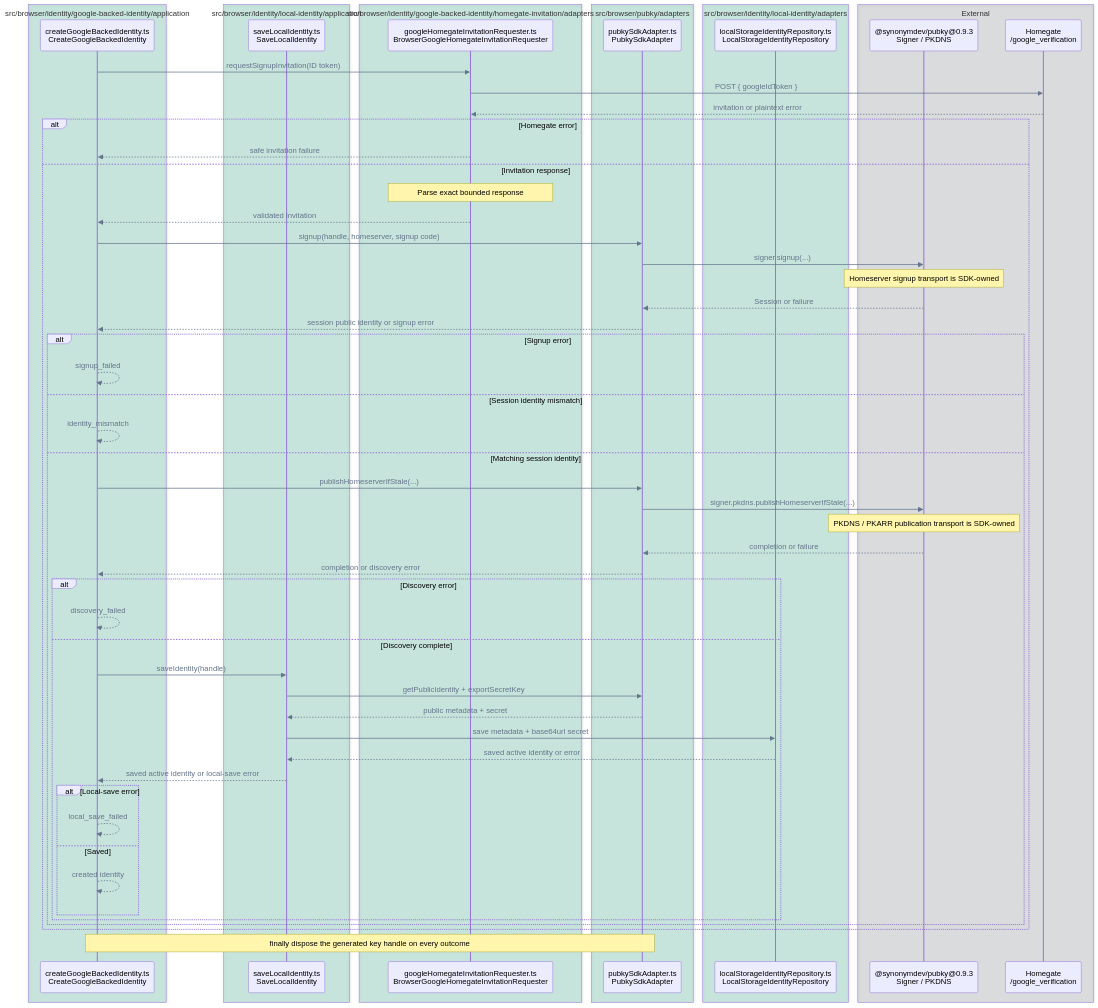
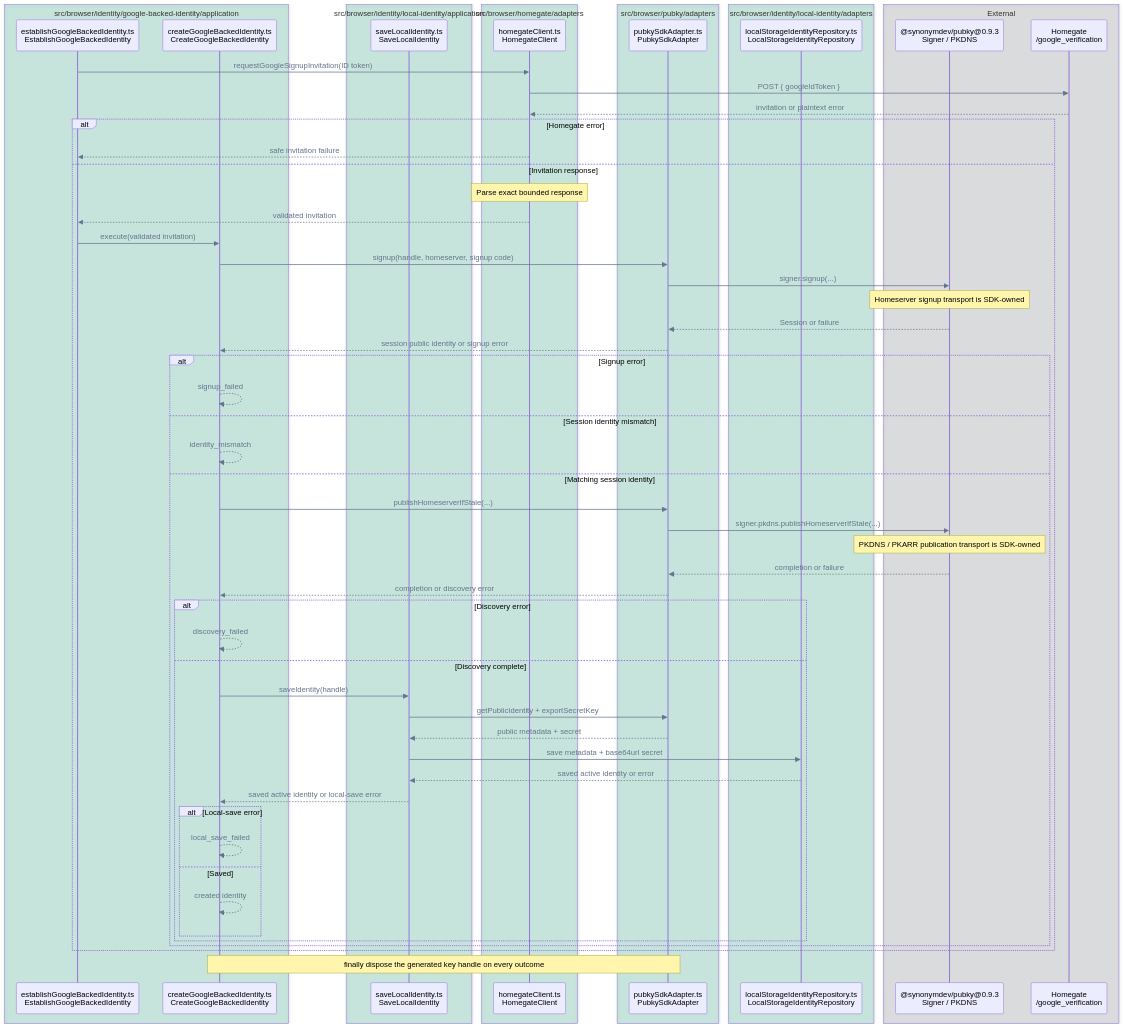
Before and after one commit to pubky/pubky-passport: diagram 11 of 14 in FLOWS.md, drawn with Mermaid. The commit also changed other lines of this file and 14 other files, not shown here.

Commit message:
refactor: replace GoogleHomegateInvitationRequester with HomegateClient

````diff
--- a/FLOWS.md
+++ b/FLOWS.md
@@ -562,67 +562,69 @@
 ```mermaid
 %%{init: {"themeVariables": {"signalColor": "#64748B", "signalTextColor": "#64748B"}}}%%
 sequenceDiagram
     accTitle: Missing identity activation and local save call flow
-    accDescr: CreateGoogleBackedIdentity requests and parses a Homegate invitation, then signs up, verifies, publishes discovery, and saves in order; each failure stops later stages and the generated key handle is always disposed.
+    accDescr: EstablishGoogleBackedIdentity requests a Homegate invitation, then CreateGoogleBackedIdentity signs up, verifies, publishes discovery, and saves in order; each failure stops later stages and the generated key handle is always disposed.
     box rgba(0, 158, 115, 0.18) src/browser/identity/google-backed-identity/application
+        participant Establish as establishGoogleBackedIdentity.ts<br/>EstablishGoogleBackedIdentity
         participant Creator as createGoogleBackedIdentity.ts<br/>CreateGoogleBackedIdentity
     end
     box rgba(0, 158, 115, 0.18) src/browser/identity/local-identity/application
         participant Local as saveLocalIdentity.ts<br/>SaveLocalIdentity
     end
-    box rgba(0, 158, 115, 0.18) src/browser/identity/google-backed-identity/homegate-invitation/adapters
-        participant Invite as googleHomegateInvitationRequester.ts<br/>BrowserGoogleHomegateInvitationRequester
+    box rgba(0, 158, 115, 0.18) src/browser/homegate/adapters
+        participant Invite as homegateClient.ts<br/>HomegateClient
     end
     box rgba(0, 158, 115, 0.18) src/browser/pubky/adapters
         participant Pubky as pubkySdkAdapter.ts<br/>PubkySdkAdapter
     end
     box rgba(0, 158, 115, 0.18) src/browser/identity/local-identity/adapters
         participant Repo as localStorageIdentityRepository.ts<br/>LocalStorageIdentityRepository
     end
     box rgba(17, 24, 39, 0.12) External
         participant SDK as @synonymdev/pubky@0.9.3<br/>Signer / PKDNS
         participant Homegate as Homegate<br/>/google_verification
     end
 
-    Creator->>Invite: requestSignupInvitation(ID token)
+    Establish->>Invite: requestGoogleSignupInvitation(ID token)
     Invite->>Homegate: POST { googleIdToken }
     Homegate-->>Invite: invitation or plaintext error
     alt Homegate error
-        Invite-->>Creator: safe invitation failure
+        Invite-->>Establish: safe invitation failure
     else Invitation response
         Note over Invite: Parse exact bounded response
-        Invite-->>Creator: validated invitation
+        Invite-->>Establish: validated invitation
+        Establish->>Creator: execute(validated invitation)
         Creator->>Pubky: signup(handle, homeserver, signup code)
         Pubky->>SDK: signer.signup(...)
         Note over SDK: Homeserver signup transport is SDK-owned
         SDK-->>Pubky: Session or failure
         Pubky-->>Creator: session public identity or signup error
         alt Signup error
             Creator-->>Creator: signup_failed
         else Session identity mismatch
             Creator-->>Creator: identity_mismatch
         else Matching session identity
             Creator->>Pubky: publishHomeserverIfStale(...)
             Pubky->>SDK: signer.pkdns.publishHomeserverIfStale(...)
             Note over SDK: PKDNS / PKARR publication transport is SDK-owned
             SDK-->>Pubky: completion or failure
             Pubky-->>Creator: completion or discovery error
             alt Discovery error
                 Creator-->>Creator: discovery_failed
             else Discovery complete
                 Creator->>Local: saveIdentity(handle)
                 Local->>Pubky: getPublicIdentity + exportSecretKey
                 Pubky-->>Local: public metadata + secret
                 Local->>Repo: save metadata + base64url secret
                 Repo-->>Local: saved active identity or error
                 Local-->>Creator: saved active identity or local-save error
                 alt Local-save error
                     Creator-->>Creator: local_save_failed
                 else Saved
                     Creator-->>Creator: created identity
                 end
             end
         end
     end
     Note over Creator,Pubky: finally dispose the generated key handle on every outcome
 ```
````
